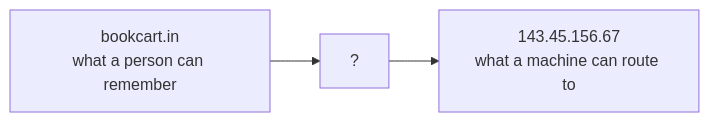
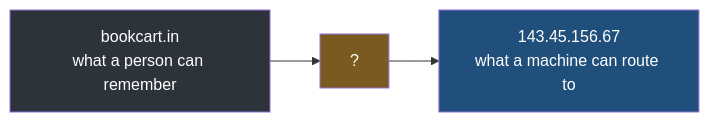
The first of 6 diagrams in Devops/04-Networking/04-DNS-Resolution.md (Dummy-Bug/system-design-handbook), drawn with Mermaid before and after one commit. The commit also changed other lines of this file and 53 other files, not shown here.

````diff
--- a/Devops/04-Networking/04-DNS-Resolution.md
+++ b/Devops/04-Networking/04-DNS-Resolution.md
@@ -9,5 +9,8 @@
 ```mermaid
 flowchart LR
     IN["bookcart.in<br/>what a person can remember"] --> BOX["?"]
     BOX --> OUT["143.45.156.67<br/>what a machine can route to"]
+    style IN fill:#2d333b,color:#fff
+    style BOX fill:#7a5a1f,color:#fff
+    style OUT fill:#1f4f7a,color:#fff
 ```
````
